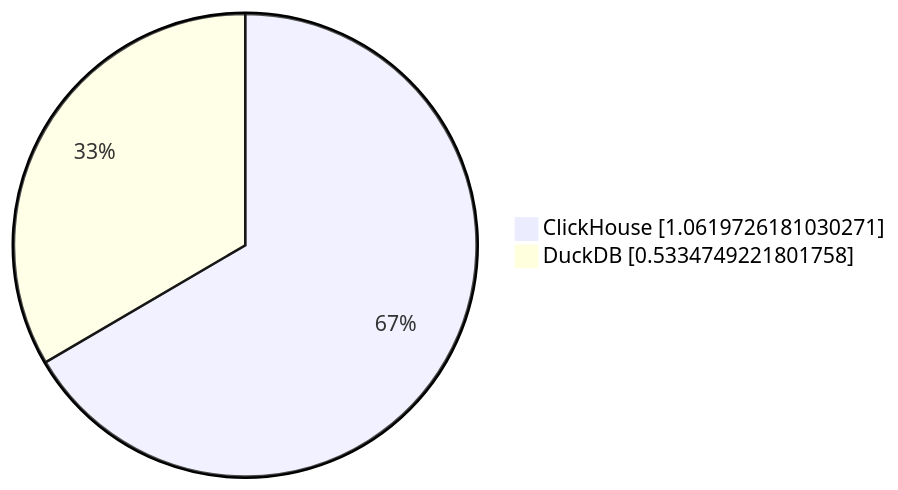
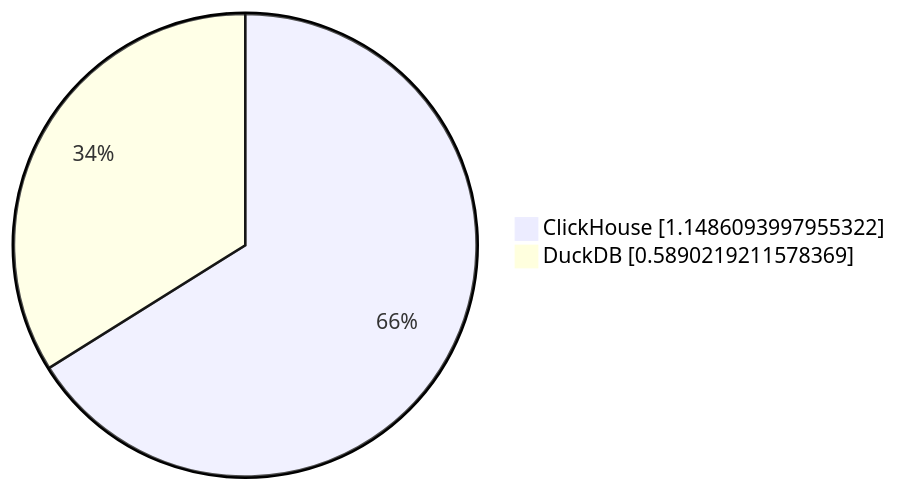
One commit to Altinity/clickhouse-regression changed the seventh of 10 diagrams in parquet/performance/results/README.md. Above: the diagram before and after it, drawn with Mermaid. The commit also changed other lines of this file and 2 other files, not shown here.

````diff
--- a/parquet/performance/results/README.md
+++ b/parquet/performance/results/README.md
@@ -70,5 +70,5 @@
 ```mermaid
      pie showData
-         "ClickHouse" : 1.0619726181030271
-         "DuckDB" : 0.5334749221801758
+         "ClickHouse" : 1.1486093997955322
+         "DuckDB" : 0.5890219211578369
 ```
````
